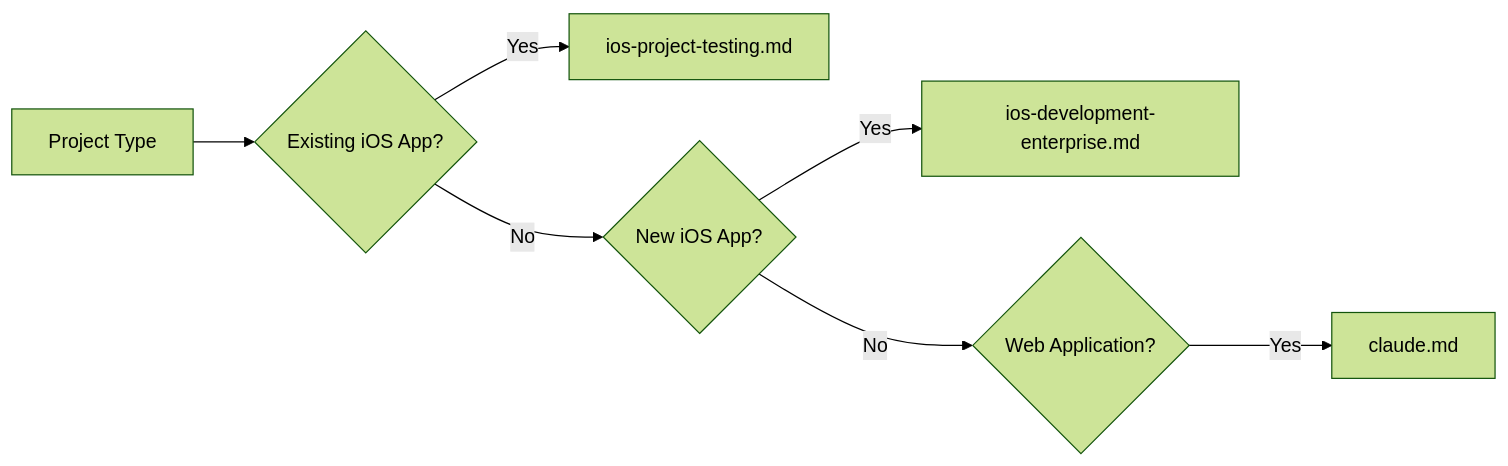
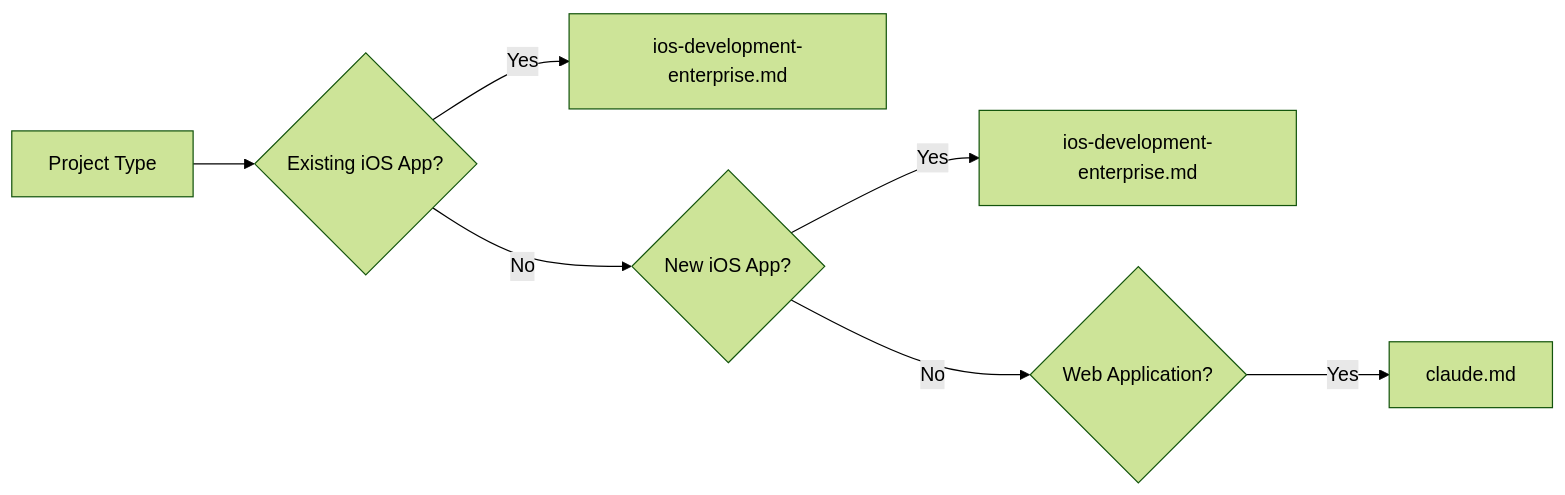
The second of 2 diagrams in README.md (geowarsong/claude-starter), drawn with Mermaid (forest theme) before and after one commit. The commit also changed other lines of this file, not shown here.

````diff
--- a/README.md
+++ b/README.md
@@ -347,9 +347,9 @@
 ```mermaid
 graph LR
     A[Project Type] --> B{Existing iOS App?}
-    B -->|Yes| C[ios-project-testing.md]
+    B -->|Yes| C[ios-development-enterprise.md]
     B -->|No| D{New iOS App?}
     D -->|Yes| E[ios-development-enterprise.md]
     D -->|No| F{Web Application?}
     F -->|Yes| G[claude.md]
 ```
````
